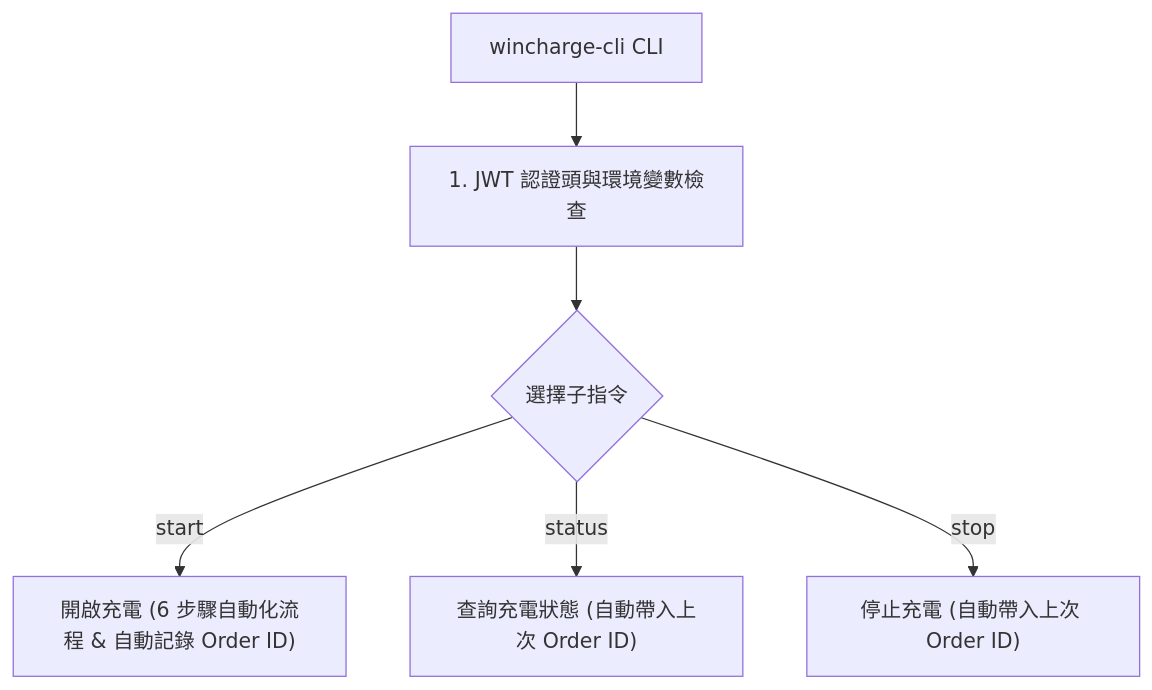
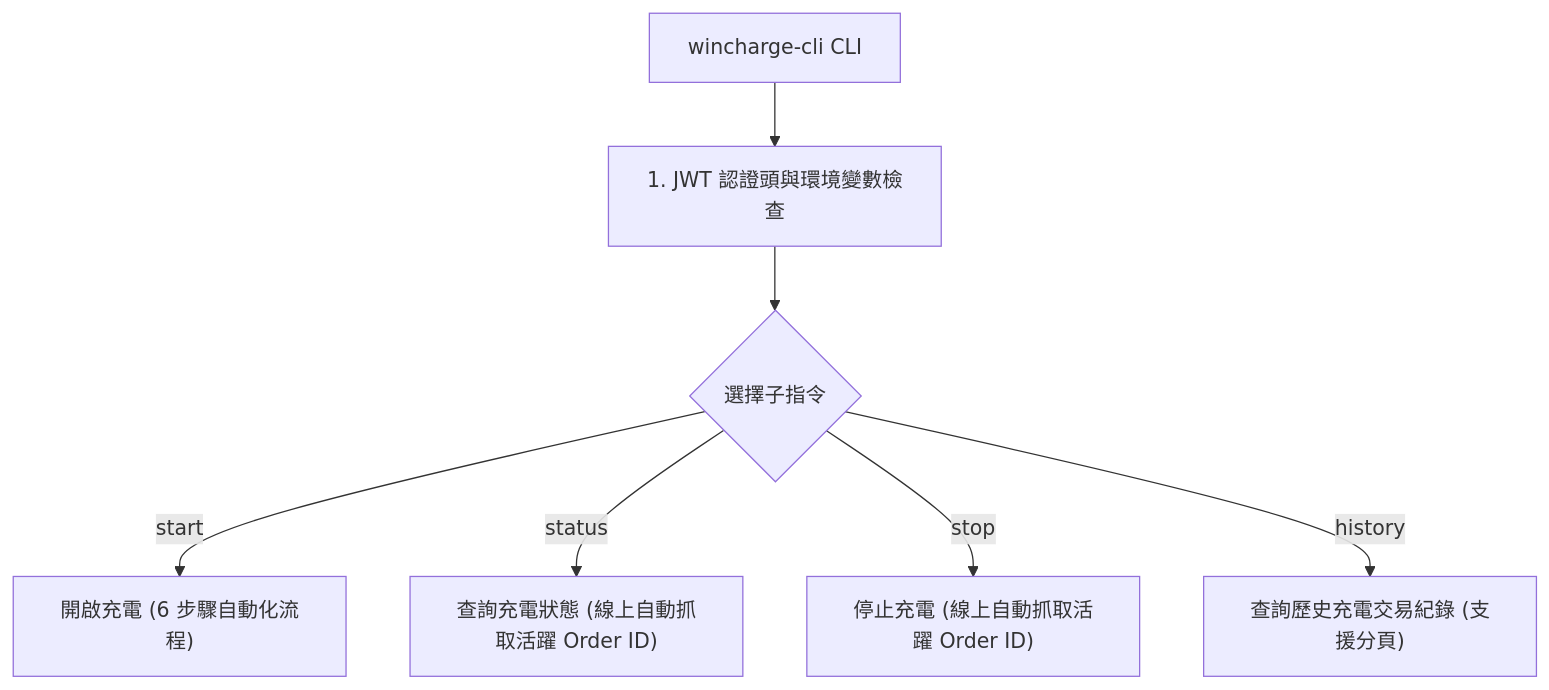
The first of 3 diagrams in README.md (shuangrain/wincharge-cli), drawn with Mermaid before and after one commit. The commit also changed other lines of this file, not shown here.

Commit message:
docs: update README with history subcommand, online active transaction sync, and kWh unit fixes

````diff
--- a/README.md
+++ b/README.md
@@ -113,10 +118,11 @@
 ```mermaid
 graph TD
     CLI["wincharge-cli CLI"] --> AuthCheck["1. JWT 認證頭與環境變數檢查"]
     
     AuthCheck --> Subcommands{"選擇子指令"}
     
-    Subcommands -->|"start"| StartFlow["開啟充電 (6 步驟自動化流程 & 自動記錄 Order ID)"]
-    Subcommands -->|"status"| StatusFlow["查詢充電狀態 (自動帶入上次 Order ID)"]
-    Subcommands -->|"stop"| StopFlow["停止充電 (自動帶入上次 Order ID)"]
+    Subcommands -->|"start"| StartFlow["開啟充電 (6 步驟自動化流程)"]
+    Subcommands -->|"status"| StatusFlow["查詢充電狀態 (線上自動抓取活躍 Order ID)"]
+    Subcommands -->|"stop"| StopFlow["停止充電 (線上自動抓取活躍 Order ID)"]
+    Subcommands -->|"history"| HistoryFlow["查詢歷史充電交易紀錄 (支援分頁)"]
 ```
````
